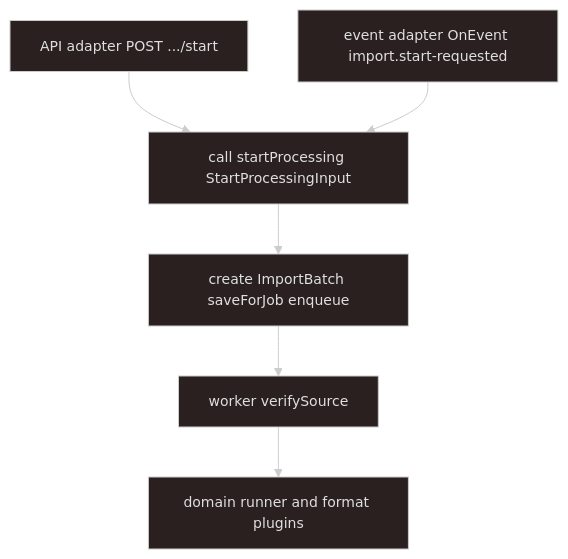
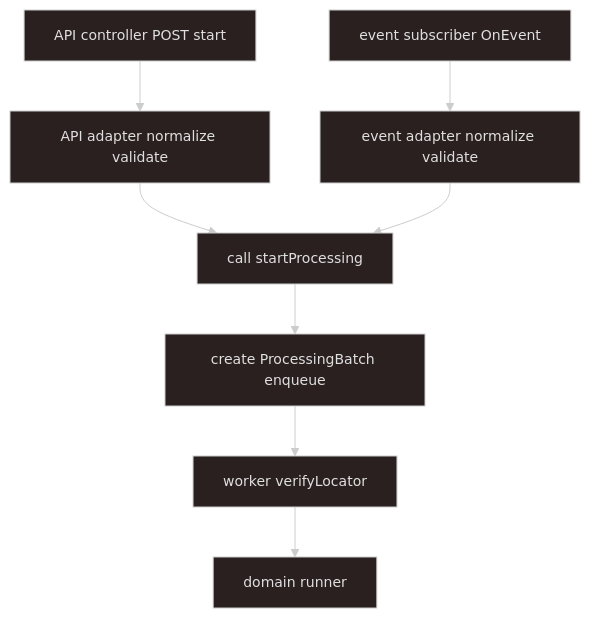
Before and after one commit to kyung-lee-official/turborepo-sandbox: the diagram in .cursor/skills/import-batch-contract/SKILL.md, drawn with Mermaid. The commit also changed other lines of this file, not shown here.

First line of the commit message:
docs: update import-batch-contract skill to reflect source-agnostic processing architecture

````diff
--- a/.cursor/skills/import-batch-contract/SKILL.md
+++ b/.cursor/skills/import-batch-contract/SKILL.md
@@ -23,19 +26,23 @@
 ```mermaid
 ---
 config:
   theme: neo-dark
 ---
 flowchart TD
-  api["API adapter POST .../start"]
-  event["event adapter OnEvent import.start-requested"]
-  start["call startProcessing StartProcessingInput"]
-  batch["create ImportBatch saveForJob enqueue"]
-  worker["worker verifySource"]
-  domain["domain runner and format plugins"]
+  apiCtrl["API controller POST start"]
+  eventSub["event subscriber OnEvent"]
+  apiAdp["API adapter normalize validate"]
+  eventAdp["event adapter normalize validate"]
+  start["call startProcessing"]
+  batch["create ProcessingBatch enqueue"]
+  worker["worker verifyLocator"]
+  domain["domain runner"]
 
-  api --> start
-  event --> start
+  apiCtrl --> apiAdp
+  eventSub --> eventAdp
+  apiAdp --> start
+  eventAdp --> start
   start --> batch
   batch --> worker
   worker --> domain
 ```
````
